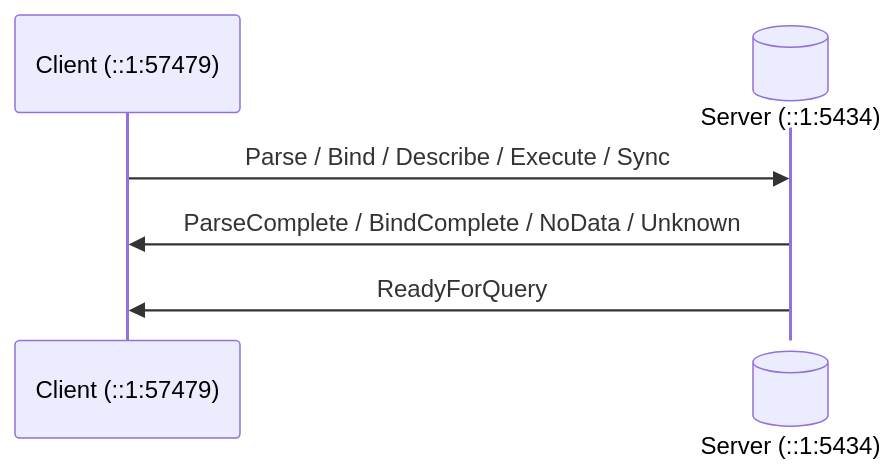
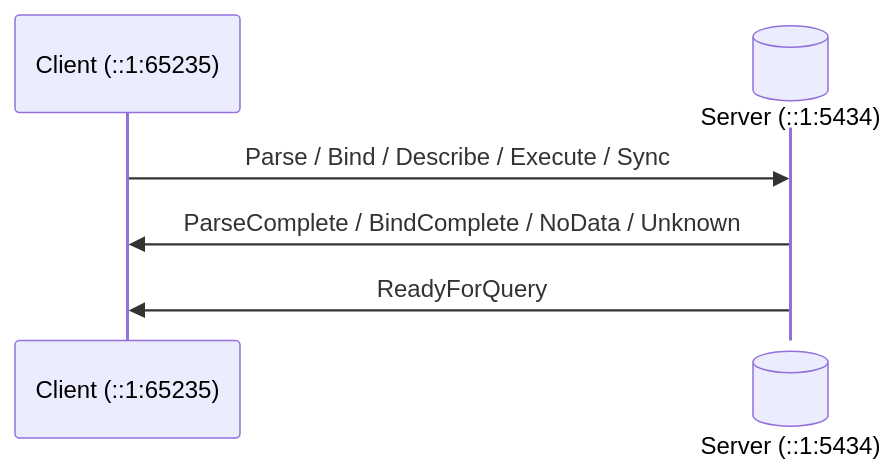
The diagram in docs/examples/exports/pagila-02-empty-query-emptyqueryresponse/capture.mermaid.seq.md (xfischer/pg_protoexport), drawn with Mermaid before and after one commit. The commit also changed 135 other files, not shown here.

````diff
--- a/docs/examples/exports/pagila-02-empty-query-emptyqueryresponse/capture.mermaid.seq.md
+++ b/docs/examples/exports/pagila-02-empty-query-emptyqueryresponse/capture.mermaid.seq.md
@@ -2,8 +2,8 @@
 ```mermaid
 sequenceDiagram
-    participant C as Client (::1:57479)
+    participant C as Client (::1:65235)
     participant S@{ "type" : "database" } as Server (::1:5434)
     C->>S: Parse / Bind / Describe / Execute / Sync
     S->>C: ParseComplete / BindComplete / NoData / Unknown
     S->>C: ReadyForQuery
 ```
````
